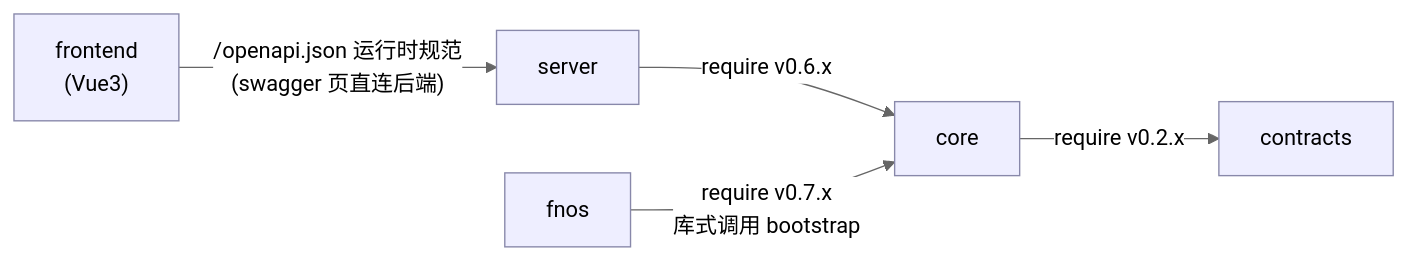
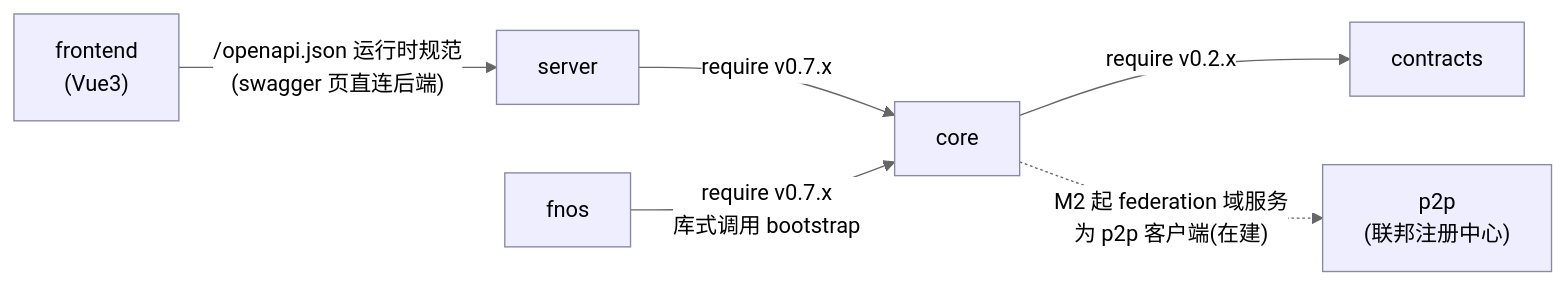
One commit to filescodebox/FilesCodeBox changed the second of 8 diagrams in docs/architecture.md. Above: the diagram before and after it, drawn with Mermaid (neutral theme). The commit also changed other lines of this file and 3 other files, not shown here.

````diff
--- a/docs/architecture.md
+++ b/docs/architecture.md
@@ -36,10 +37,12 @@
 ```mermaid
 graph LR
     FE["frontend<br/>(Vue3)"] -->|"/openapi.json 运行时规范<br/>(swagger 页直连后端)"| SRV["server"]
-    SRV -->|"require v0.6.x"| CORE["core"]
+    SRV -->|"require v0.7.x"| CORE["core"]
     FNOS["fnos"] -->|"require v0.7.x<br/>库式调用 bootstrap"| CORE
     CORE -->|"require v0.2.x"| CTX["contracts"]
+    P2P["p2p<br/>(联邦注册中心)"]
+    CORE -.->|"M2 起 federation 域服务<br/>为 p2p 客户端(在建)"| P2P
 
     classDef plain fill:#eef,stroke:#88a
-    class CTX,CORE,SRV,FE,FNOS plain
+    class CTX,CORE,SRV,FE,FNOS,P2P plain
 ```
````
